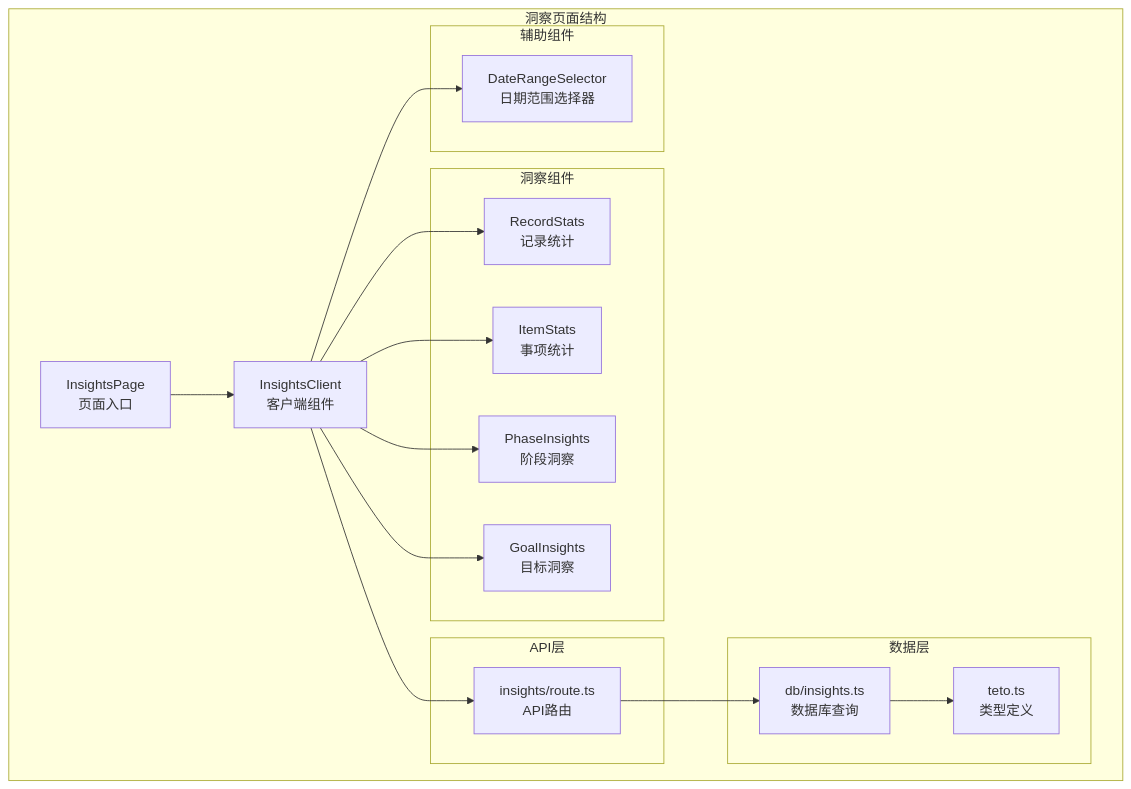
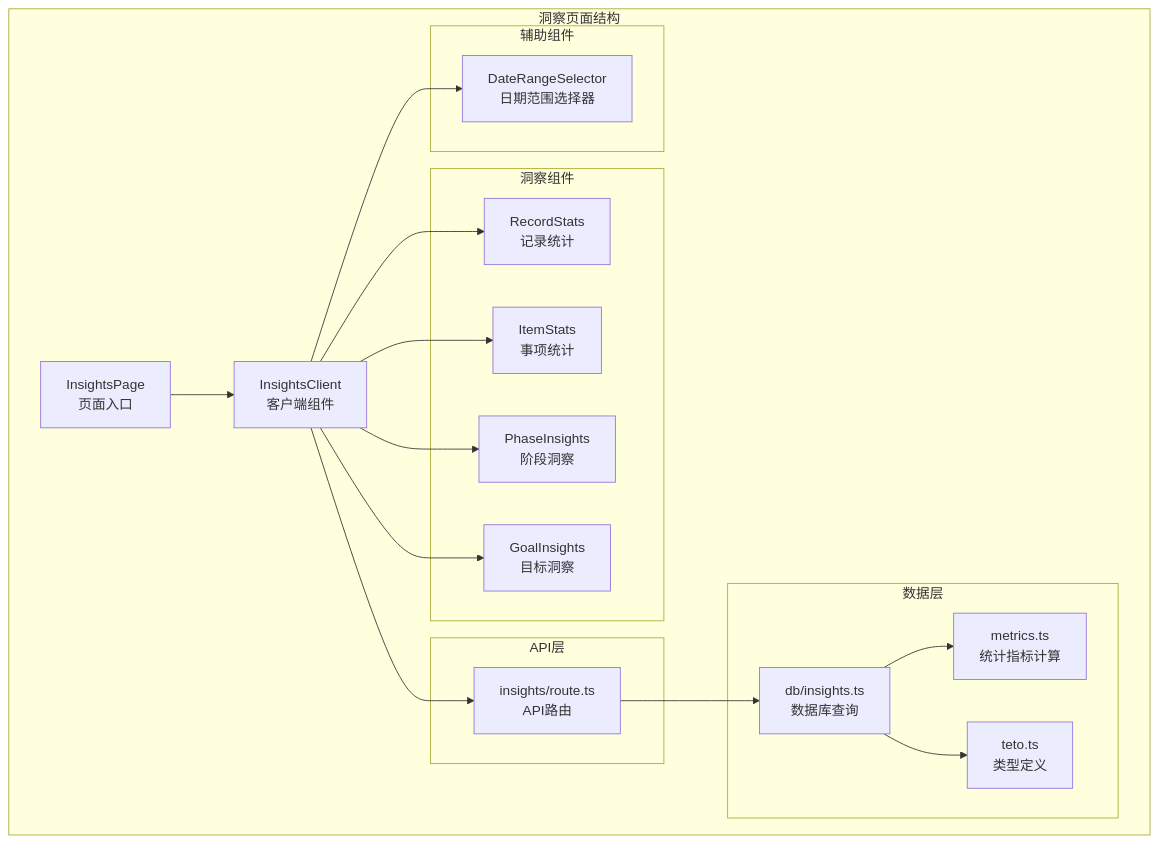
The first of 12 diagrams in .qoder/repowiki/zh/content/核心功能模块/洞察分析系统/阶段洞察分析.md (bbong1234/TETO), drawn with Mermaid before and after one commit. The commit also changed other lines of this file and 352 other files, not shown here.

````diff
--- a/.qoder/repowiki/zh/content/核心功能模块/洞察分析系统/阶段洞察分析.md
+++ b/.qoder/repowiki/zh/content/核心功能模块/洞察分析系统/阶段洞察分析.md
@@ -38,32 +50,34 @@
 ```mermaid
 graph TB
 subgraph "洞察页面结构"
 Page[InsightsPage<br/>页面入口]
 Client[InsightsClient<br/>客户端组件]
 subgraph "洞察组件"
 RecordStats[RecordStats<br/>记录统计]
 ItemStats[ItemStats<br/>事项统计]
 PhaseInsights[PhaseInsights<br/>阶段洞察]
 GoalInsights[GoalInsights<br/>目标洞察]
 end
 subgraph "辅助组件"
 DateRangeSelector[DateRangeSelector<br/>日期范围选择器]
 end
 subgraph "API层"
 APIRoute[insights/route.ts<br/>API路由]
 end
 subgraph "数据层"
 DBInsights[db/insights.ts<br/>数据库查询]
+Metrics[metrics.ts<br/>统计指标计算]
 Types[teto.ts<br/>类型定义]
 end
 end
 Page --> Client
 Client --> DateRangeSelector
 Client --> RecordStats
 Client --> ItemStats
 Client --> PhaseInsights
 Client --> GoalInsights
 Client --> APIRoute
 APIRoute --> DBInsights
+DBInsights --> Metrics
 DBInsights --> Types
 ```
````
